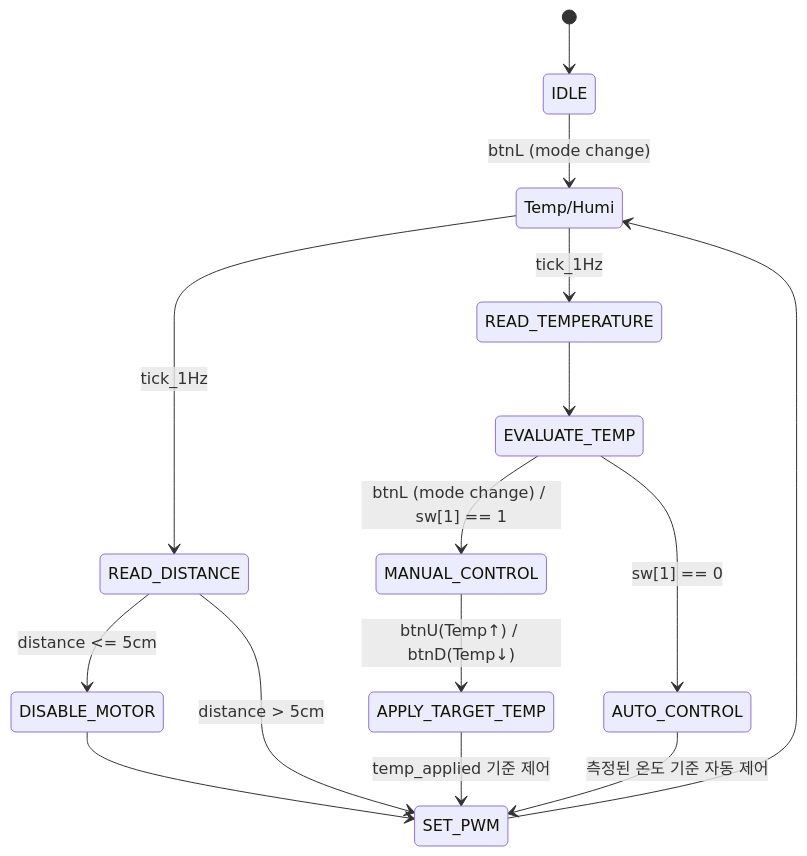
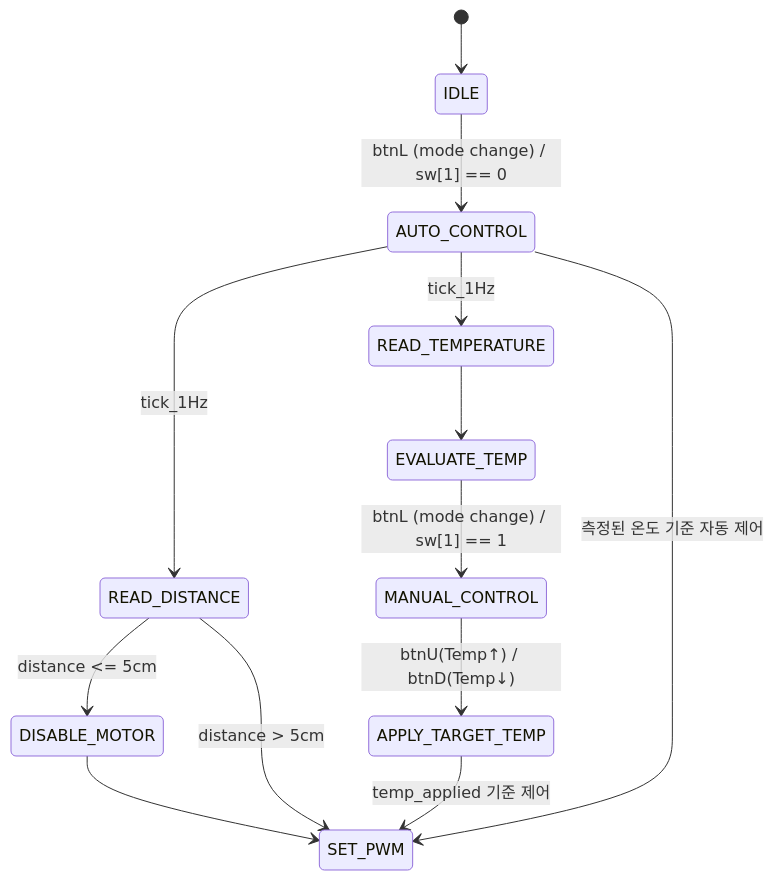
One commit to SE0NGH0/AI_Verilog_HDL changed the third of 5 diagrams in 15.BESPOKE/README.md. Above: the diagram before and after it, drawn with Mermaid.

````diff
--- a/15.BESPOKE/README.md
+++ b/15.BESPOKE/README.md
@@ -94,17 +94,15 @@
 ```mermaid
 stateDiagram-v2
     [*] --> IDLE
-    IDLE --> Temp/Humi: btnL (mode change)
-    Temp/Humi --> READ_DISTANCE: tick_1Hz
-    Temp/Humi --> READ_TEMPERATURE: tick_1Hz
+    IDLE --> AUTO_CONTROL: btnL (mode change) / sw[1] == 0
+    AUTO_CONTROL --> READ_DISTANCE: tick_1Hz
+    AUTO_CONTROL --> READ_TEMPERATURE: tick_1Hz
     READ_DISTANCE --> DISABLE_MOTOR: distance <= 5cm
     READ_DISTANCE --> SET_PWM: distance > 5cm
     READ_TEMPERATURE --> EVALUATE_TEMP
     EVALUATE_TEMP --> MANUAL_CONTROL: btnL (mode change) / sw[1] == 1
     MANUAL_CONTROL --> APPLY_TARGET_TEMP: btnU(Temp↑) / btnD(Temp↓)
     APPLY_TARGET_TEMP --> SET_PWM: temp_applied 기준 제어
-    EVALUATE_TEMP --> AUTO_CONTROL: sw[1] == 0
     AUTO_CONTROL --> SET_PWM: 측정된 온도 기준 자동 제어
-    SET_PWM --> Temp/Humi
     DISABLE_MOTOR --> SET_PWM
 ```
````
